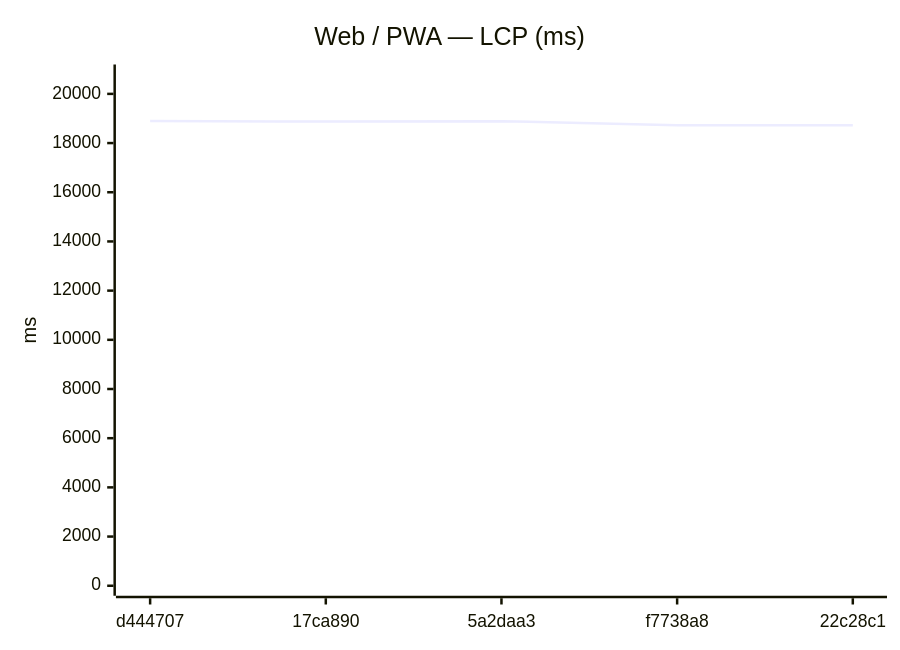
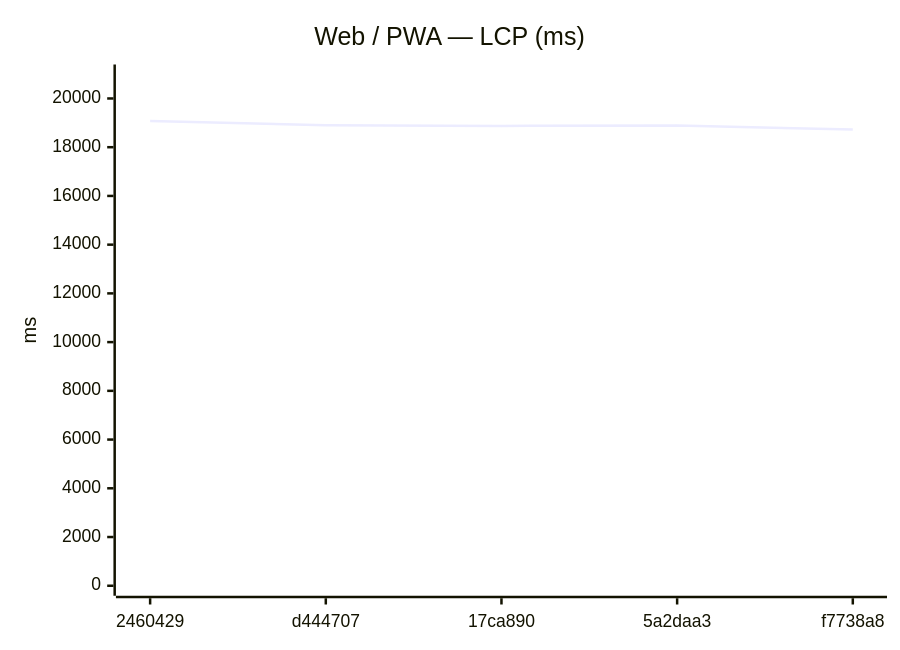
One commit to Metaheurist/Rianell changed the seventh of 18 diagrams in benchmarks/compare.md. Above: the diagram before and after it, drawn with Mermaid. The commit also changed other lines of this file and 11 other files, not shown here.

````diff
--- a/benchmarks/compare.md
+++ b/benchmarks/compare.md
@@ -117,7 +117,7 @@
 ```mermaid
 xychart-beta
     title "Web / PWA — LCP (ms)"
-    x-axis ["d444707", "17ca890", "5a2daa3", "f7738a8", "22c28c1"]
-    y-axis "ms" 0 --> 20788
-    line [18898, 18874, 18888, 18728, 18722]
+    x-axis ["2460429", "d444707", "17ca890", "5a2daa3", "f7738a8"]
+    y-axis "ms" 0 --> 20984
+    line [19076, 18898, 18874, 18888, 18728]
 ```
````
